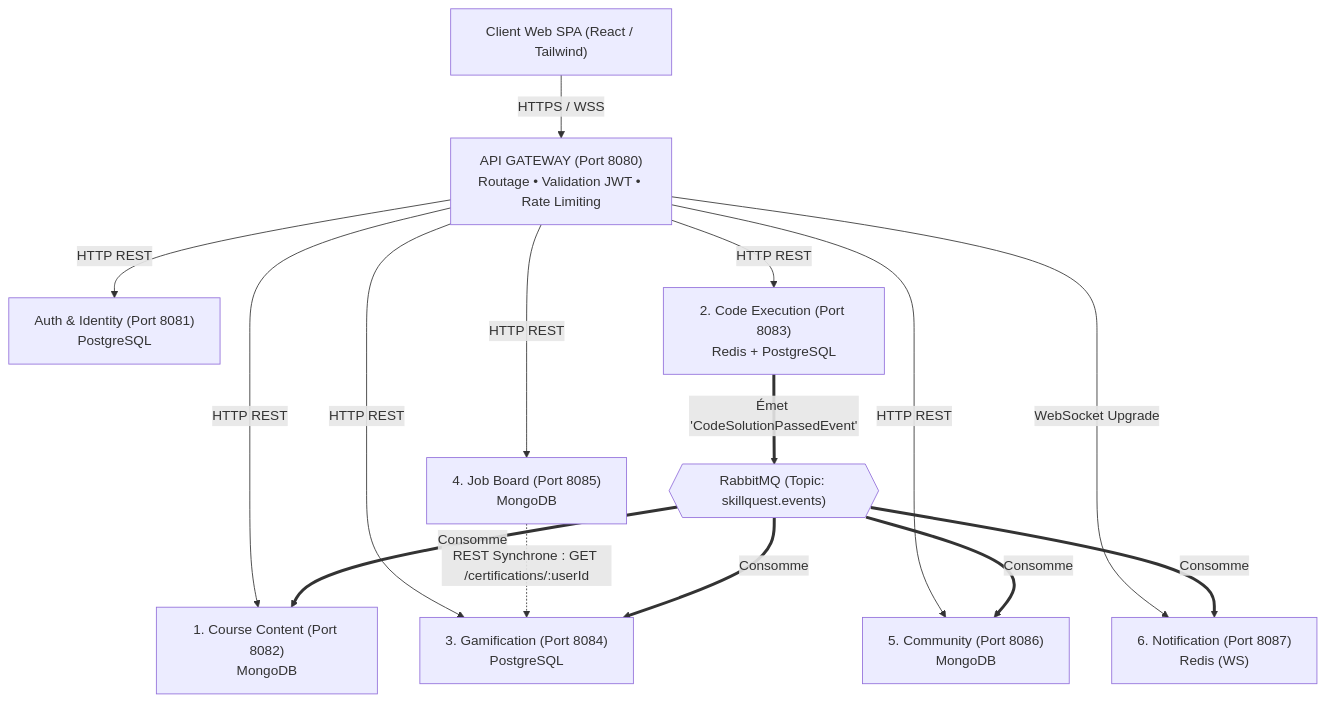
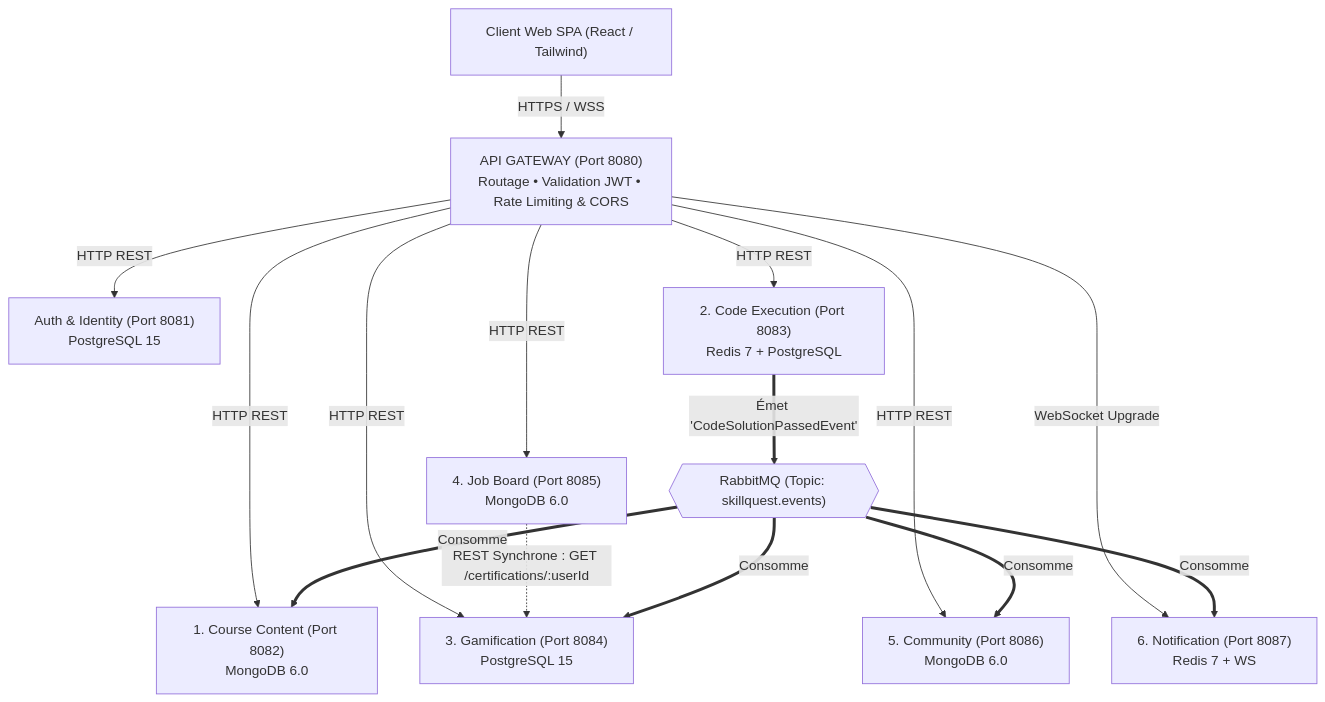
Before and after one commit to Architecture-web/projet: the second of 14 diagrams in Documentation/Presentation/Presentation_Seance4.md, drawn with Mermaid. The commit also changed other lines of this file, not shown here.

````diff
--- a/Documentation/Presentation/Presentation_Seance4.md
+++ b/Documentation/Presentation/Presentation_Seance4.md
@@ -64,20 +81,20 @@
 ```mermaid
 flowchart TD
-    Client["Client Web SPA (React / Tailwind)"] -->|HTTPS / WSS| Gateway["API GATEWAY (Port 8080)<br/>Routage • Validation JWT • Rate Limiting"]
+    Client["Client Web SPA (React / Tailwind)"] -->|HTTPS / WSS| Gateway["API GATEWAY (Port 8080)<br/>Routage • Validation JWT • Rate Limiting & CORS"]
 
-    Gateway -->|HTTP REST| AuthSvc["Auth & Identity (Port 8081)<br/>PostgreSQL"]
-    Gateway -->|HTTP REST| CourseSvc["1. Course Content (Port 8082)<br/>MongoDB"]
-    Gateway -->|HTTP REST| CodeSvc["2. Code Execution (Port 8083)<br/>Redis + PostgreSQL"]
-    Gateway -->|HTTP REST| GamifSvc["3. Gamification (Port 8084)<br/>PostgreSQL"]
-    Gateway -->|HTTP REST| JobSvc["4. Job Board (Port 8085)<br/>MongoDB"]
-    Gateway -->|HTTP REST| CommSvc["5. Community (Port 8086)<br/>MongoDB"]
-    Gateway -->|WebSocket Upgrade| NotifSvc["6. Notification (Port 8087)<br/>Redis (WS)"]
+    Gateway -->|HTTP REST| AuthSvc["Auth & Identity (Port 8081)<br/>PostgreSQL 15"]
+    Gateway -->|HTTP REST| CourseSvc["1. Course Content (Port 8082)<br/>MongoDB 6.0"]
+    Gateway -->|HTTP REST| CodeSvc["2. Code Execution (Port 8083)<br/>Redis 7 + PostgreSQL"]
+    Gateway -->|HTTP REST| GamifSvc["3. Gamification (Port 8084)<br/>PostgreSQL 15"]
+    Gateway -->|HTTP REST| JobSvc["4. Job Board (Port 8085)<br/>MongoDB 6.0"]
+    Gateway -->|HTTP REST| CommSvc["5. Community (Port 8086)<br/>MongoDB 6.0"]
+    Gateway -->|WebSocket Upgrade| NotifSvc["6. Notification (Port 8087)<br/>Redis 7 + WS"]
 
     JobSvc -.->|"REST Synchrone : GET /certifications/:userId"| GamifSvc
 
     CodeSvc ==>|Émet 'CodeSolutionPassedEvent'| RabbitMQ{{"RabbitMQ (Topic: skillquest.events)"}}
     RabbitMQ ==>|Consomme| GamifSvc
     RabbitMQ ==>|Consomme| CourseSvc
     RabbitMQ ==>|Consomme| CommSvc
     RabbitMQ ==>|Consomme| NotifSvc
 ```
````
